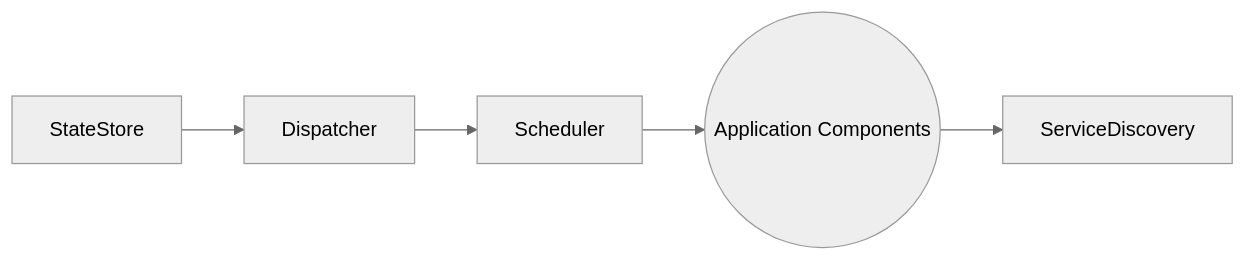
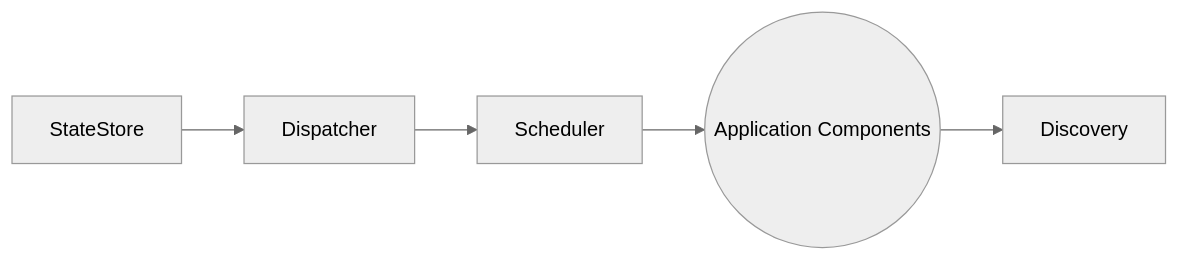
One commit to asbjornenge/dux changed the diagram in core.mermaid. Above: the diagram before and after it, drawn with Mermaid (neutral theme). The commit also changed 2 other files, not shown here.

```diff
--- a/core.mermaid
+++ b/core.mermaid
@@ -1,12 +1,12 @@
 graph LR;
 
 	StateStore;
 	Dispatcher;
 	Scheduler;
-	ServiceDiscovery;
+	Discovery;
 	Applications((Application Components));
 
 	StateStore --> Dispatcher
 	Dispatcher --> Scheduler
 	Scheduler --> Applications
-	Applications --> ServiceDiscovery
+	Applications --> Discovery
```
